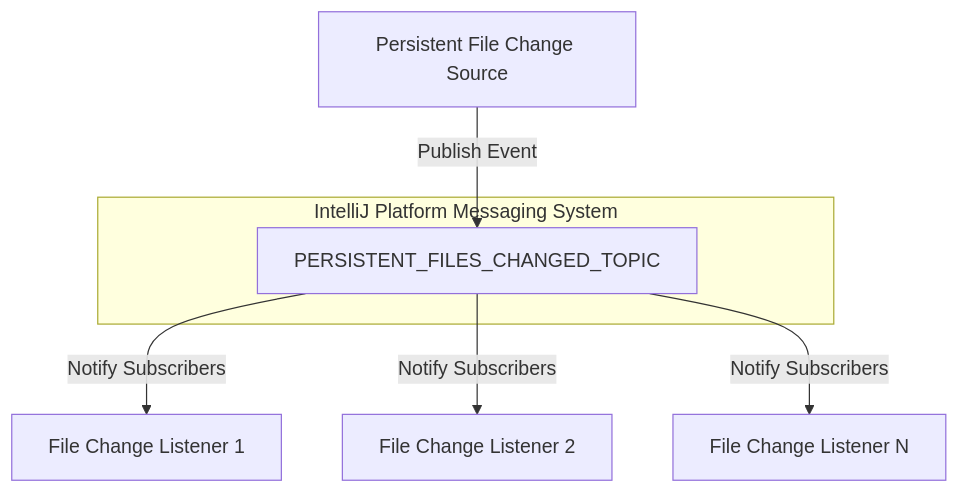
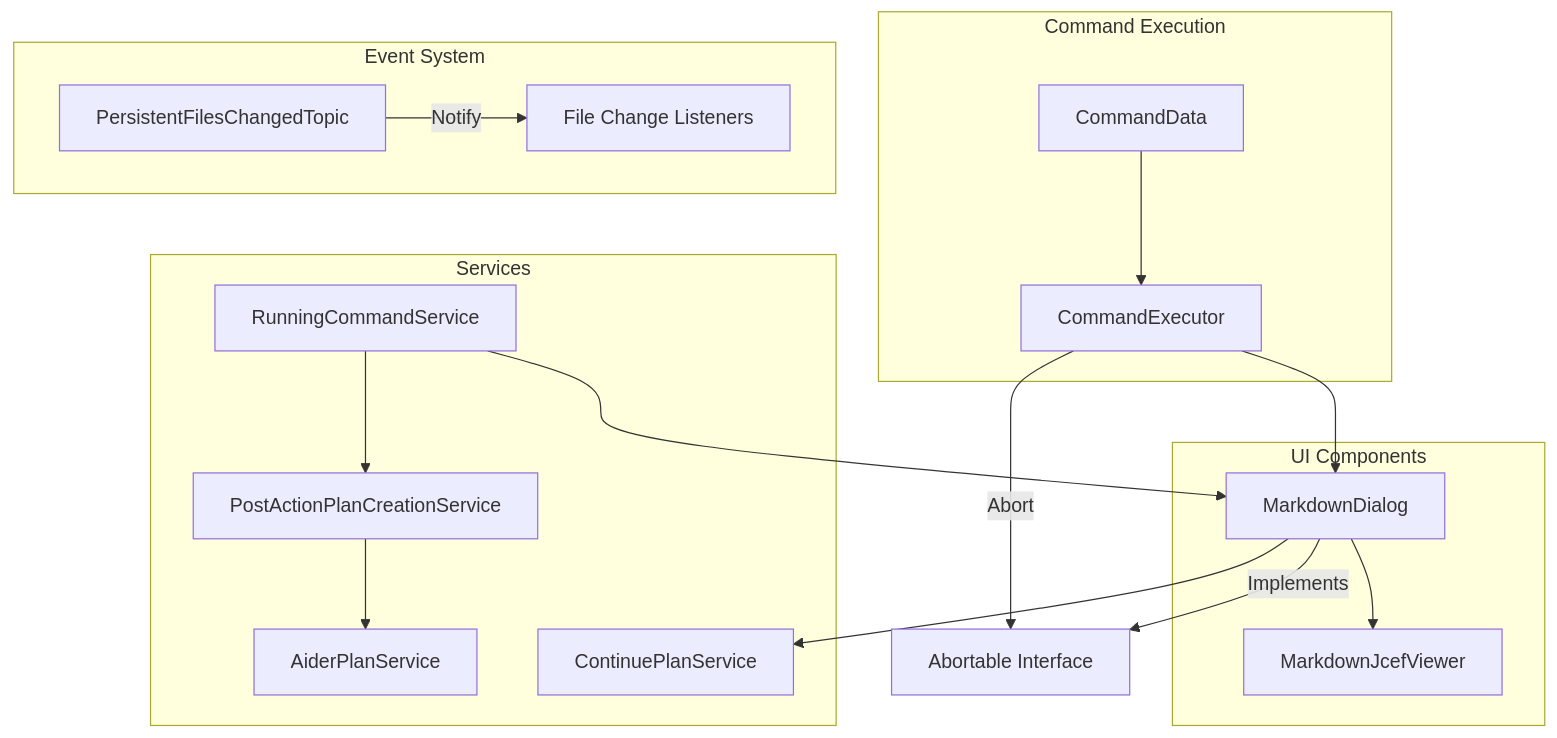
Before and after one commit to p-wegner/coding-aider: the diagram in src/main/kotlin/de/andrena/codingaider/messages/messages.md, drawn with Mermaid. The commit also changed other lines of this file, not shown here.

````diff
--- a/src/main/kotlin/de/andrena/codingaider/messages/messages.md
+++ b/src/main/kotlin/de/andrena/codingaider/messages/messages.md
@@ -25,11 +55,39 @@
 ```mermaid
 graph TD
-    A[Persistent File Change Source] -->|Publish Event| B[PERSISTENT_FILES_CHANGED_TOPIC]
-    B -->|Notify Subscribers| C[File Change Listener 1]
-    B -->|Notify Subscribers| D[File Change Listener 2]
-    B -->|Notify Subscribers| E[File Change Listener N]
+    A[CommandData] --> B[CommandExecutor]
+    B --> C[MarkdownDialog]
+    C --> D[MarkdownJcefViewer]
     
-    subgraph IntelliJ Platform Messaging System
+    E[RunningCommandService] --> C
+    E --> F[PostActionPlanCreationService]
+    
+    G[PersistentFilesChangedTopic] -->|Notify| H[File Change Listeners]
+    
+    B -->|Abort| I[Abortable Interface]
+    C -->|Implements| I
+    
+    F --> J[AiderPlanService]
+    C --> K[ContinuePlanService]
+    
+    subgraph "Command Execution"
+        A
         B
     end
+    
+    subgraph "UI Components"
+        C
+        D
+    end
+    
+    subgraph "Services"
+        E
+        F
+        J
+        K
+    end
+    
+    subgraph "Event System"
+        G
+        H
+    end
 ```
````
